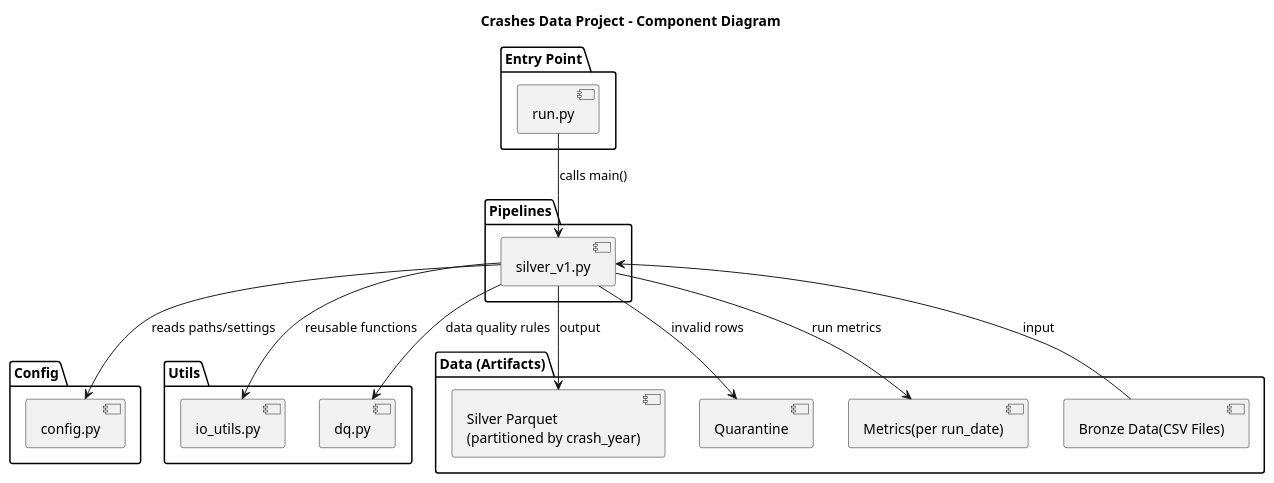
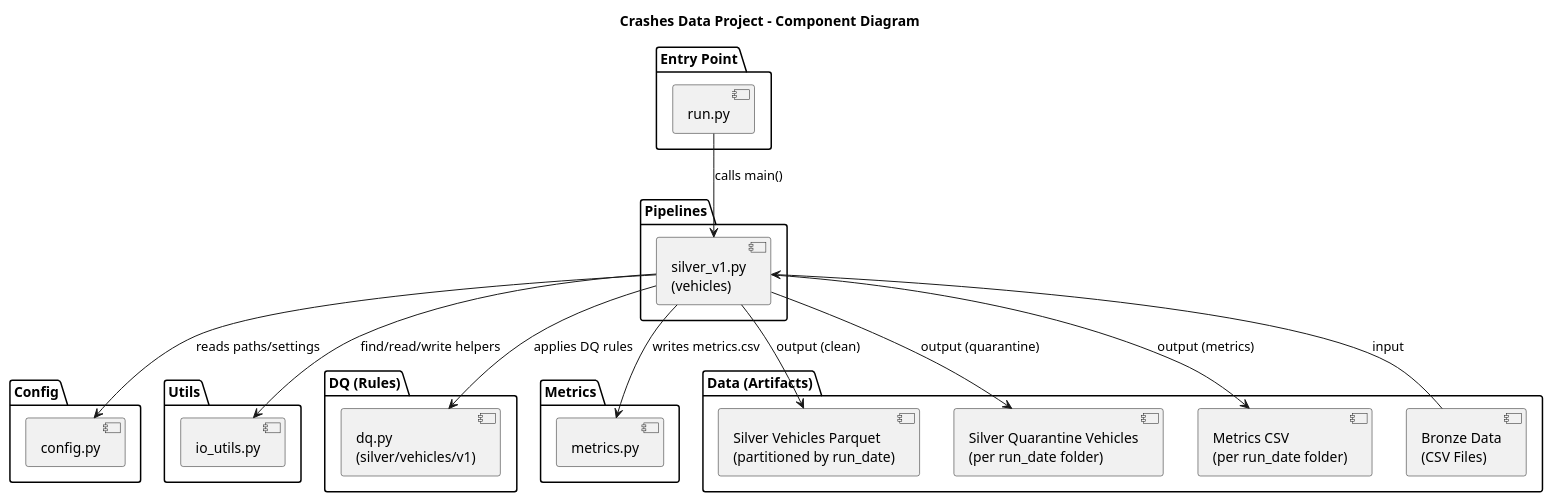
The diagram in docs/uml/component.puml (luisgfinger/crashes_data_project), drawn with PlantUML before and after one commit. The commit also changed 3 other files, not shown here.

First line of the commit message:
docs(uml): update component and activity diagrams to reflect vehicles entity refactor

```diff
--- a/docs/uml/component.puml
+++ b/docs/uml/component.puml
@@ -1,39 +1,46 @@
 @startuml
-
 title Crashes Data Project - Component Diagram
 
 package "Entry Point" {
   [run.py] as run
 }
 
 package "Pipelines" {
-  [silver_v1.py] as silver
+  [silver_v1.py\n(vehicles)] as silver_vehicles
 }
 
 package "Config" {
   [config.py] as config
 }
 
 package "Utils" {
   [io_utils.py] as io
-  [dq.py] as dq
+}
+
+package "DQ (Rules)" {
+  [dq.py\n(silver/vehicles/v1)] as dq_vehicles
+}
+
+package "Metrics" {
+  [metrics.py] as metrics_mod
 }
 
 package "Data (Artifacts)" {
-  [Bronze Data(CSV Files)] as bronze
-  [Silver Parquet\n(partitioned by crash_year)] as silver_data
-  [Quarantine] as quarantine
-  [Metrics(per run_date)] as metrics
+  [Bronze Data\n(CSV Files)] as bronze
+  [Silver Vehicles Parquet\n(partitioned by run_date)] as silver_data
+  [Silver Quarantine Vehicles\n(per run_date folder)] as quarantine
+  [Metrics CSV\n(per run_date folder)] as metrics_out
 }
 
-run --> silver : calls main()
-silver --> config : reads paths/settings
-silver --> io : reusable functions
-silver --> dq : data quality rules
+run --> silver_vehicles : calls main()
+silver_vehicles --> config : reads paths/settings
+silver_vehicles --> io : find/read/write helpers
+silver_vehicles --> dq_vehicles : applies DQ rules
+silver_vehicles --> metrics_mod : writes metrics.csv
 
-bronze --> silver : input
-silver --> silver_data : output
-silver --> quarantine : invalid rows
-silver --> metrics : run metrics
+bronze --> silver_vehicles : input
+silver_vehicles --> silver_data : output (clean)
+silver_vehicles --> quarantine : output (quarantine)
+silver_vehicles --> metrics_out : output (metrics)
 
 @enduml
```
